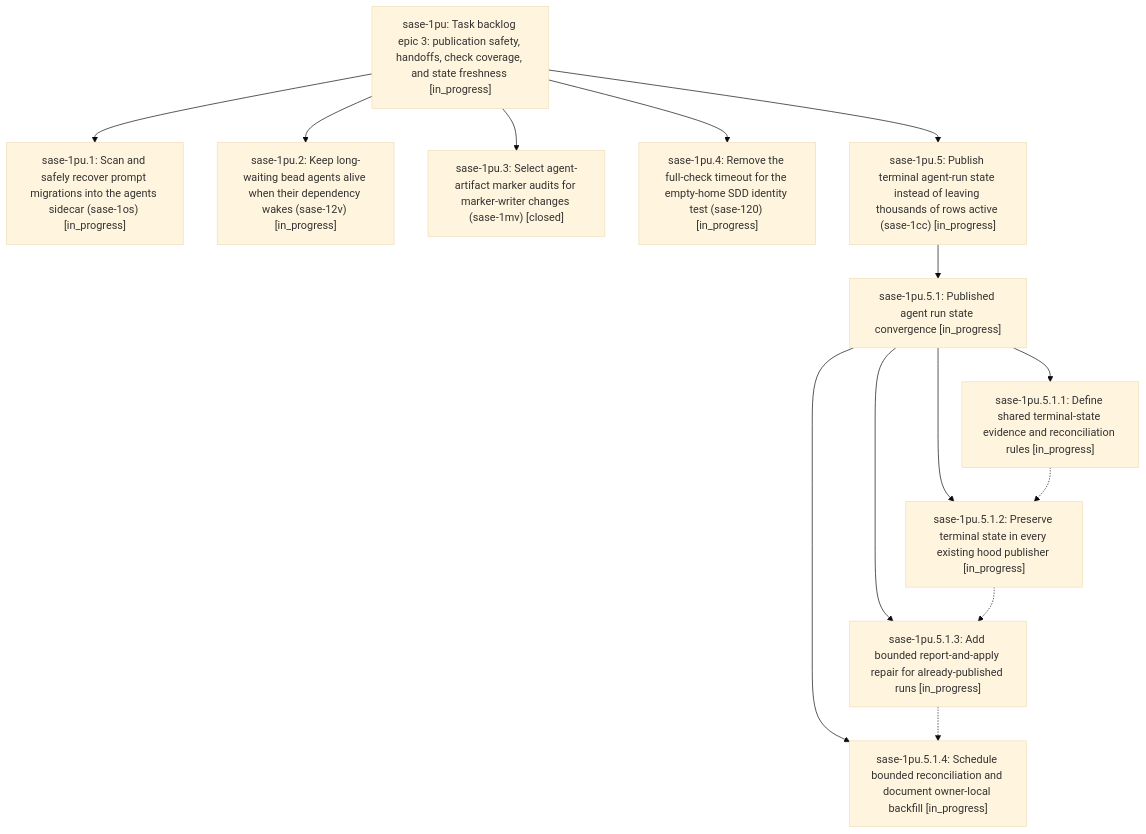
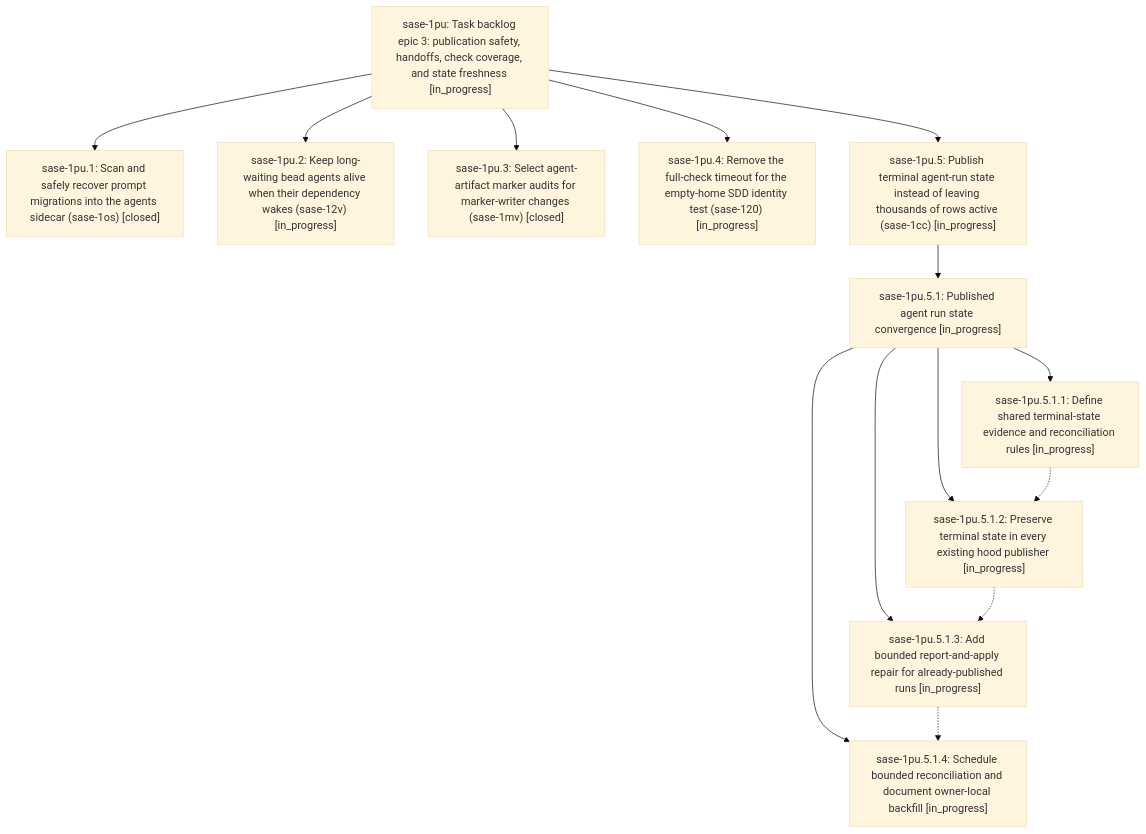
One commit to sase-org/sase--beads changed the diagram in pages/sase-1pu/README.md. Above: the diagram before and after it, drawn with Mermaid (base theme). The commit also changed other lines of this file and 2 other files, not shown here.

First line of the commit message:
chore(beads): sync bead state and pages for sase-1pu

````diff
--- a/pages/sase-1pu/README.md
+++ b/pages/sase-1pu/README.md
@@ -42,27 +44,27 @@
 ```mermaid
 flowchart TD
     n0["sase-1pu: Task backlog epic 3: publication safety, handoffs, check coverage, and state freshness [in_progress]"]
-    n1["sase-1pu.1: Scan and safely recover prompt migrations into the agents sidecar (sase-1os) [in_progress]"]
+    n1["sase-1pu.1: Scan and safely recover prompt migrations into the agents sidecar (sase-1os) [closed]"]
     n2["sase-1pu.2: Keep long-waiting bead agents alive when their dependency wakes (sase-12v) [in_progress]"]
     n3["sase-1pu.3: Select agent-artifact marker audits for marker-writer changes (sase-1mv) [closed]"]
     n4["sase-1pu.4: Remove the full-check timeout for the empty-home SDD identity test (sase-120) [in_progress]"]
     n5["sase-1pu.5: Publish terminal agent-run state instead of leaving thousands of rows active (sase-1cc) [in_progress]"]
     n6["sase-1pu.5.1: Published agent run state convergence [in_progress]"]
     n7["sase-1pu.5.1.1: Define shared terminal-state evidence and reconciliation rules [in_progress]"]
     n8["sase-1pu.5.1.2: Preserve terminal state in every existing hood publisher [in_progress]"]
     n9["sase-1pu.5.1.3: Add bounded report-and-apply repair for already-published runs [in_progress]"]
     n10["sase-1pu.5.1.4: Schedule bounded reconciliation and document owner-local backfill [in_progress]"]
     n0 --> n1
     n0 --> n2
     n0 --> n3
     n0 --> n4
     n0 --> n5
     n5 --> n6
     n6 --> n7
     n6 --> n8
     n6 --> n9
     n6 --> n10
     n7 -.-> n8
     n8 -.-> n9
     n9 -.-> n10
 ```
````
